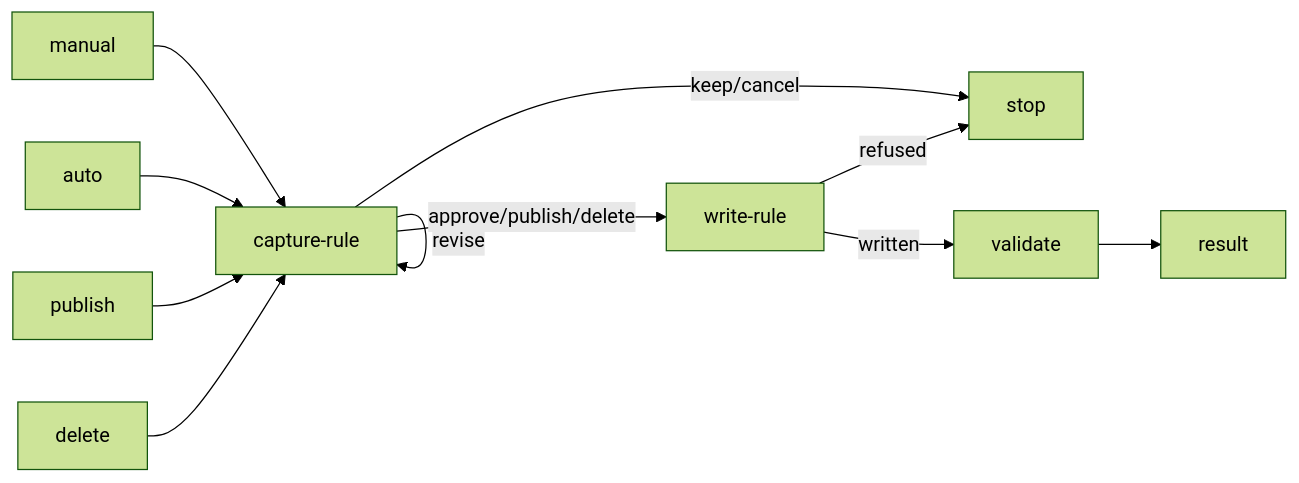
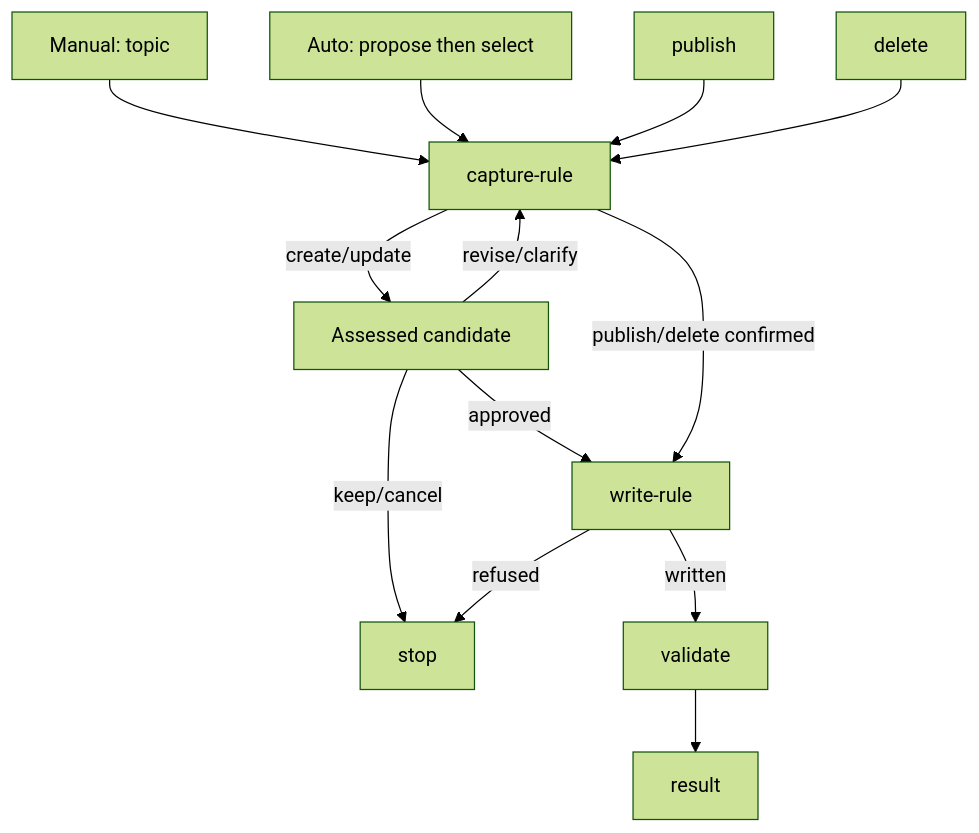
One commit to ai-driven-dev/framework changed the diagram in plugins/aidd-context/skills/05-rule-generate/SKILL.md. Above: the diagram before and after it, drawn with Mermaid (forest theme). The commit also changed other lines of this file and 5 other files, not shown here.

First line of the commit message:
refactor(aidd-context): clarify rule generation handoffs

````diff
--- a/plugins/aidd-context/skills/05-rule-generate/SKILL.md
+++ b/plugins/aidd-context/skills/05-rule-generate/SKILL.md
@@ -9,10 +9,14 @@
 ```mermaid
-flowchart LR
-  manual & auto & publish & delete --> capture-rule
-  capture-rule -->|approve/publish/delete| write-rule
-  capture-rule -->|revise| capture-rule
-  capture-rule -->|keep/cancel| stop
+flowchart TD
+  manual[Manual: topic] --> capture-rule
+  auto[Auto: propose then select] --> capture-rule
+  publish & delete --> capture-rule
+  capture-rule -->|create/update| decision[Assessed candidate]
+  decision -->|revise/clarify| capture-rule
+  decision -->|keep/cancel| stop
+  decision -->|approved| write-rule
+  capture-rule -->|publish/delete confirmed| write-rule
   write-rule -->|written| validate
   write-rule -->|refused| stop
   validate --> result
 ```
````
